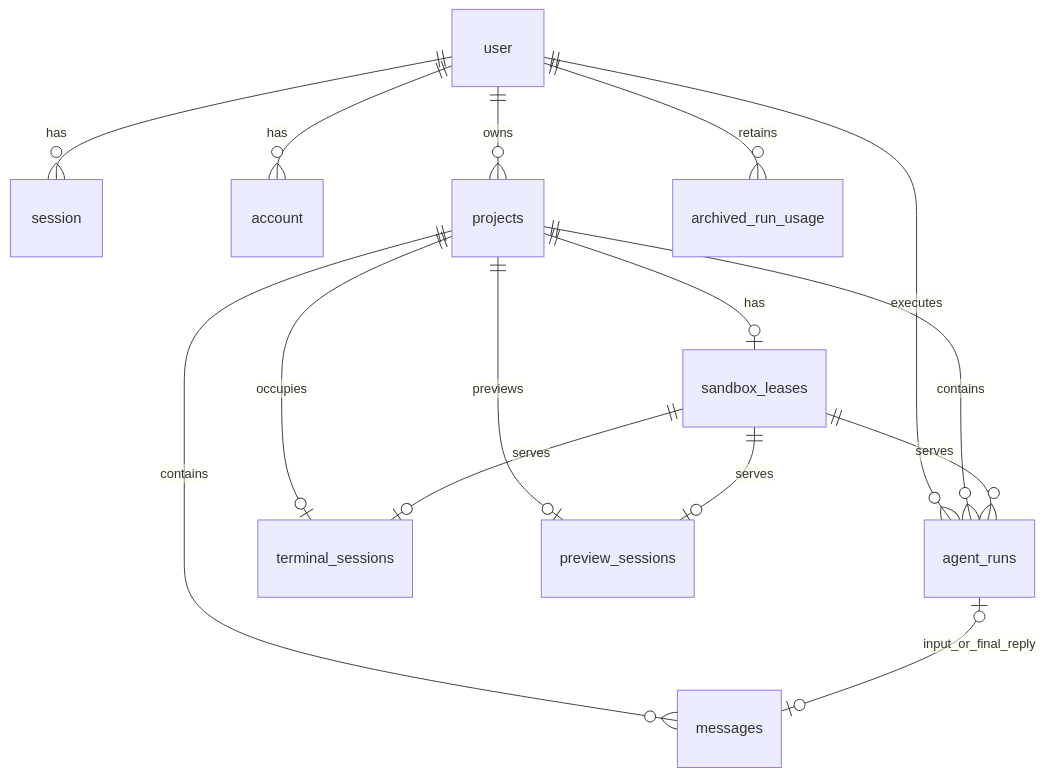
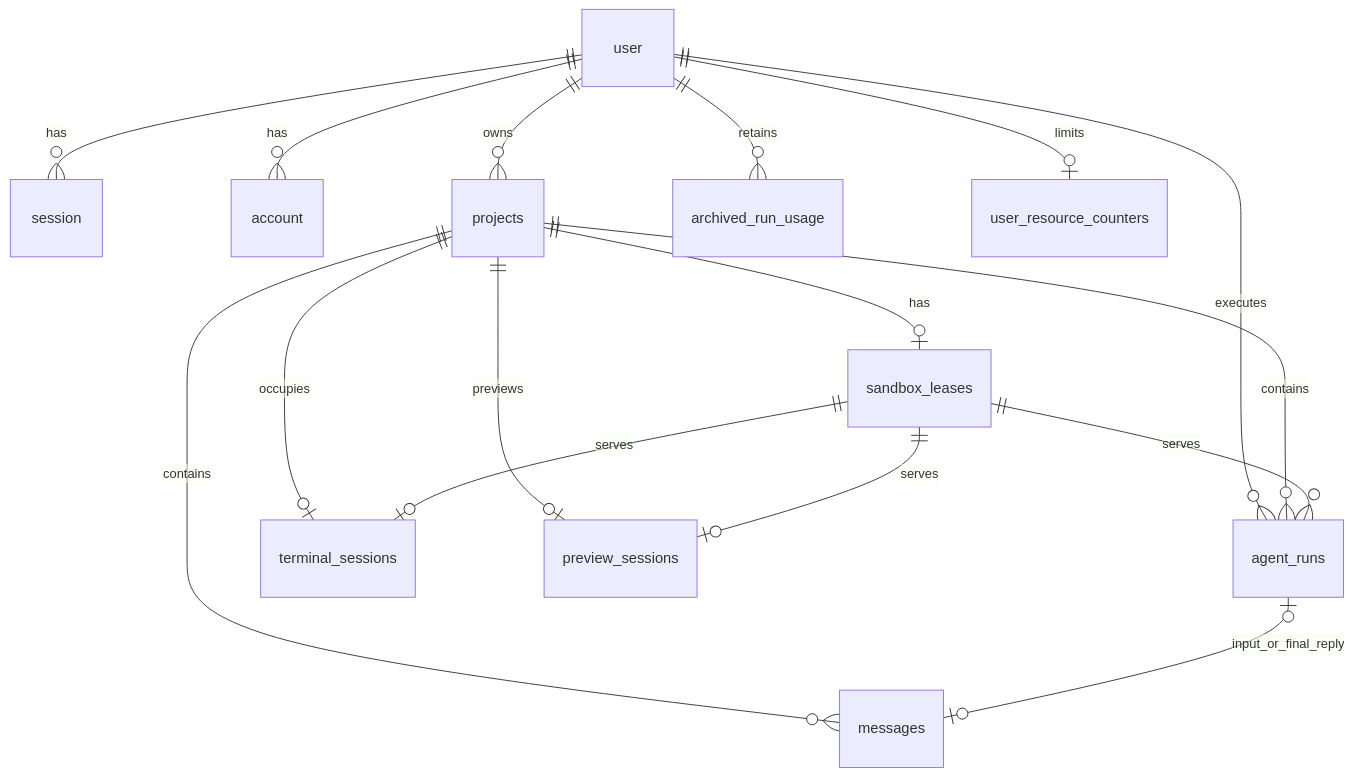
Before and after one commit to DeyunMa/agent-online: the diagram in docs/reference/database-schema.md, drawn with Mermaid. The commit also changed other lines of this file and 82 other files, not shown here.

````diff
--- a/docs/reference/database-schema.md
+++ b/docs/reference/database-schema.md
@@ -19,20 +19,21 @@
 ```mermaid
 erDiagram
   user ||--o{ session : has
   user ||--o{ account : has
   user ||--o{ projects : owns
   user ||--o{ agent_runs : executes
   user ||--o{ archived_run_usage : retains
+  user ||--o| user_resource_counters : limits
 
   projects ||--o| sandbox_leases : has
   projects ||--o{ messages : contains
   projects ||--o{ agent_runs : contains
   projects ||--o| terminal_sessions : occupies
   projects ||--o| preview_sessions : previews
 
   sandbox_leases ||--o{ agent_runs : serves
   sandbox_leases ||--o| terminal_sessions : serves
   sandbox_leases ||--o| preview_sessions : serves
 
   agent_runs o|--o| messages : input_or_final_reply
 ```
````
